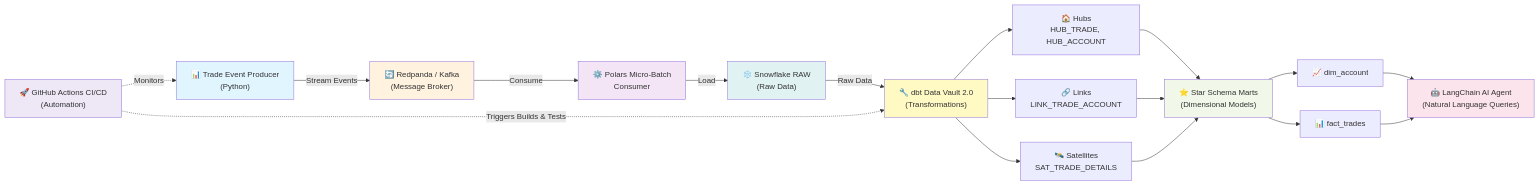
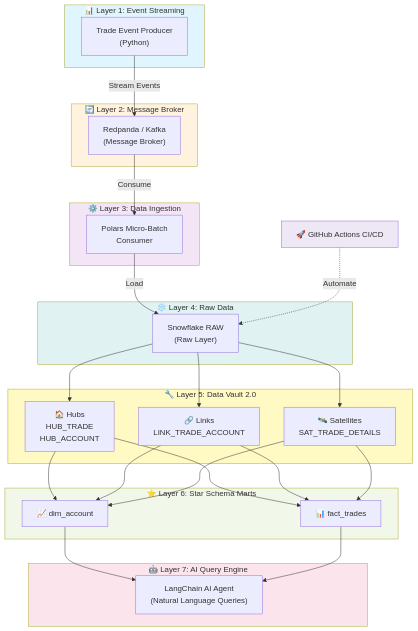
The diagram in README.md (vrrgithub1/realtime-data-vault-engine), drawn with Mermaid before and after one commit.

Commit message:
Updated README Document

````diff
--- a/README.md
+++ b/README.md
@@ -7,51 +7,61 @@
 ```mermaid
-graph LR
-    Producer["📊 Trade Event Producer<br/>(Python)"]
-    Kafka["🔄 Redpanda / Kafka<br/>(Message Broker)"]
-    Consumer["⚙️ Polars Micro-Batch<br/>Consumer"]
-    Snowflake_Raw["❄️ Snowflake RAW<br/>(Raw Data)"]
+graph TB
+    subgraph layer1["📊 Layer 1: Event Streaming"]
+        Producer["Trade Event Producer<br/>(Python)"]
+    end
     
-    dbt["🔧 dbt Data Vault 2.0<br/>(Transformations)"]
-    Hubs["🏠 Hubs<br/>HUB_TRADE, HUB_ACCOUNT"]
-    Links["🔗 Links<br/>LINK_TRADE_ACCOUNT"]
-    Sats["🛰️ Satellites<br/>SAT_TRADE_DETAILS"]
+    subgraph layer2["🔄 Layer 2: Message Broker"]
+        Kafka["Redpanda / Kafka<br/>(Message Broker)"]
+    end
     
-    Marts["⭐ Star Schema Marts<br/>(Dimensional Models)"]
-    Dim_Account["📈 dim_account"]
-    Fact_Trades["📊 fact_trades"]
+    subgraph layer3["⚙️ Layer 3: Data Ingestion"]
+        Consumer["Polars Micro-Batch<br/>Consumer"]
+    end
     
-    AI["🤖 LangChain AI Agent<br/>(Natural Language Queries)"]
+    subgraph layer4["❄️ Layer 4: Raw Data"]
+        Snowflake_Raw["Snowflake RAW<br/>(Raw Layer)"]
+    end
     
-    CI["🚀 GitHub Actions CI/CD<br/>(Automation)"]
+    subgraph layer5["🔧 Layer 5: Data Vault 2.0"]
+        Hubs["🏠 Hubs<br/>HUB_TRADE<br/>HUB_ACCOUNT"]
+        Links["🔗 Links<br/>LINK_TRADE_ACCOUNT"]
+        Sats["🛰️ Satellites<br/>SAT_TRADE_DETAILS"]
+    end
+    
+    subgraph layer6["⭐ Layer 6: Star Schema Marts"]
+        Dim["📈 dim_account"]
+        Fact["📊 fact_trades"]
+    end
+    
+    subgraph layer7["🤖 Layer 7: AI Query Engine"]
+        AI["LangChain AI Agent<br/>(Natural Language Queries)"]
+    end
+    
+    CI["🚀 GitHub Actions CI/CD"]
     
     Producer -->|Stream Events| Kafka
     Kafka -->|Consume| Consumer
     Consumer -->|Load| Snowflake_Raw
+    Snowflake_Raw --> Hubs
+    Snowflake_Raw --> Links
+    Snowflake_Raw --> Sats
+    Hubs --> Dim
+    Links --> Dim
+    Sats --> Dim
+    Hubs --> Fact
+    Links --> Fact
+    Sats --> Fact
+    Dim --> AI
+    Fact --> AI
     
-    Snowflake_Raw -->|Raw Data| dbt
-    dbt --> Hubs
-    dbt --> Links
-    dbt --> Sats
+    CI -.->|Automate| Snowflake_Raw
     
-    Hubs --> Marts
-    Links --> Marts
-    Sats --> Marts
-    
-    Marts --> Dim_Account
-    Marts --> Fact_Trades
-    
-    Dim_Account --> AI
-    Fact_Trades --> AI
-    
-    CI -.->|Triggers Builds & Tests| dbt
-    CI -.->|Monitors| Producer
-    
-    style Producer fill:#e1f5ff
-    style Kafka fill:#fff3e0
-    style Consumer fill:#f3e5f5
-    style Snowflake_Raw fill:#e0f2f1
-    style dbt fill:#fff9c4
-    style Marts fill:#f1f8e9
-    style AI fill:#fce4ec
+    style layer1 fill:#e1f5ff
+    style layer2 fill:#fff3e0
+    style layer3 fill:#f3e5f5
+    style layer4 fill:#e0f2f1
+    style layer5 fill:#fff9c4
+    style layer6 fill:#f1f8e9
+    style layer7 fill:#fce4ec
     style CI fill:#ede7f6
 ```
````
